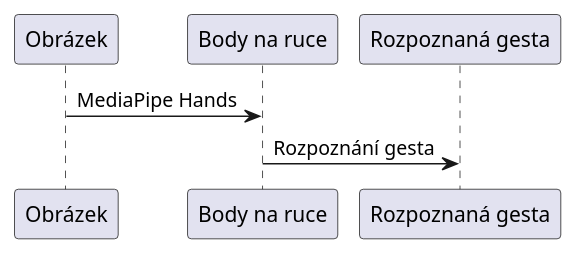
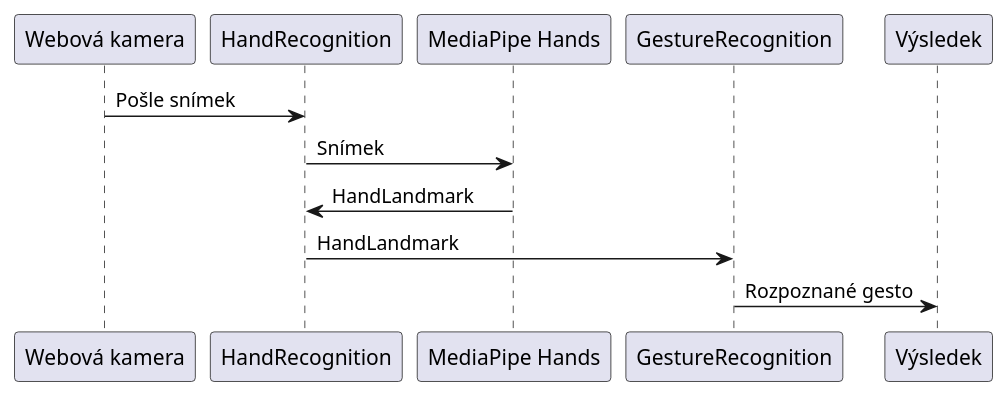
Before and after one commit to Venca321/Rocnikova-prace-2024: the diagram in docs/detekce_gest.puml, drawn with PlantUML. The commit also changed 2 other files, not shown here.

Commit message:
Fix diagrams

```diff
--- a/docs/detekce_gest.puml
+++ b/docs/detekce_gest.puml
@@ -1,10 +1,15 @@
 @startuml
 
-participant Obrázek
-participant "Body na ruce"
-participant "Rozpoznaná gesta"
+participant "Webová kamera"
+participant "HandRecognition"
+participant "MediaPipe Hands"
+participant "GestureRecognition"
+participant "Výsledek"
 
-Obrázek -> "Body na ruce" : MediaPipe Hands
-"Body na ruce" -> "Rozpoznaná gesta" : Rozpoznání gesta
+"Webová kamera" -> "HandRecognition" : Pošle snímek
+"HandRecognition" -> "MediaPipe Hands" : Snímek
+"MediaPipe Hands" -> "HandRecognition" : HandLandmark
+"HandRecognition" -> "GestureRecognition" : HandLandmark
+"GestureRecognition" -> "Výsledek" : Rozpoznané gesto
 
 @enduml
```
